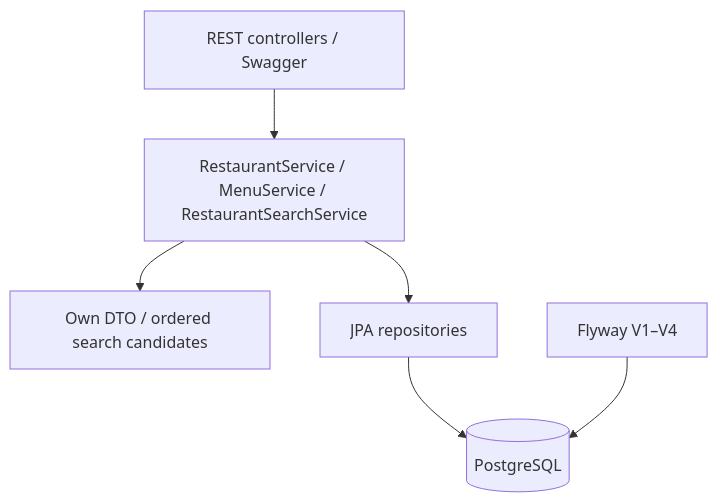
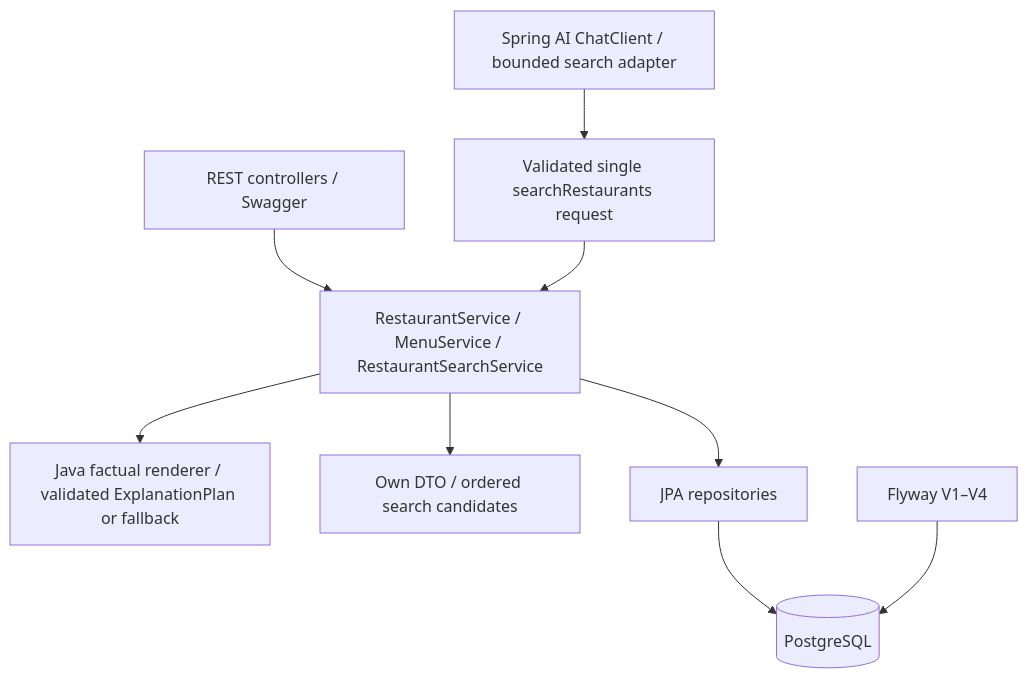
Before and after one commit to ilyakutarba-source/minsk-restaurant-ai-bot: the diagram in docs/ARCHITECTURE.md, drawn with Mermaid. The commit also changed other lines of this file and 20 other files, not shown here.

Commit message:
TASK-05 add Spring AI search tool

````diff
--- a/docs/ARCHITECTURE.md
+++ b/docs/ARCHITECTURE.md
@@ -9,8 +9,11 @@
 ```mermaid
 flowchart TD
     REST[REST controllers / Swagger] --> SERVICES[RestaurantService / MenuService / RestaurantSearchService]
+    AI[Spring AI ChatClient / bounded search adapter] --> TOOL[Validated single searchRestaurants request]
+    TOOL --> SERVICES
+    SERVICES --> CARDS[Java factual renderer / validated ExplanationPlan or fallback]
     SERVICES --> DTO[Own DTO / ordered search candidates]
     SERVICES --> JPA[JPA repositories]
     JPA --> PG[(PostgreSQL)]
     FLYWAY[Flyway V1–V4] --> PG
 ```
````
